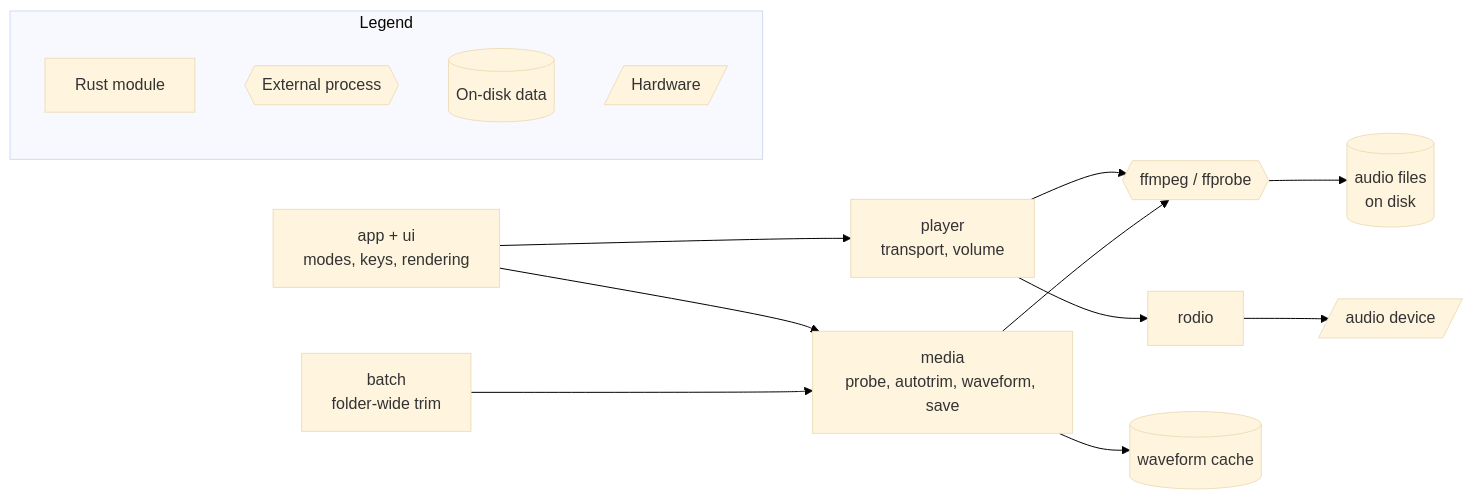
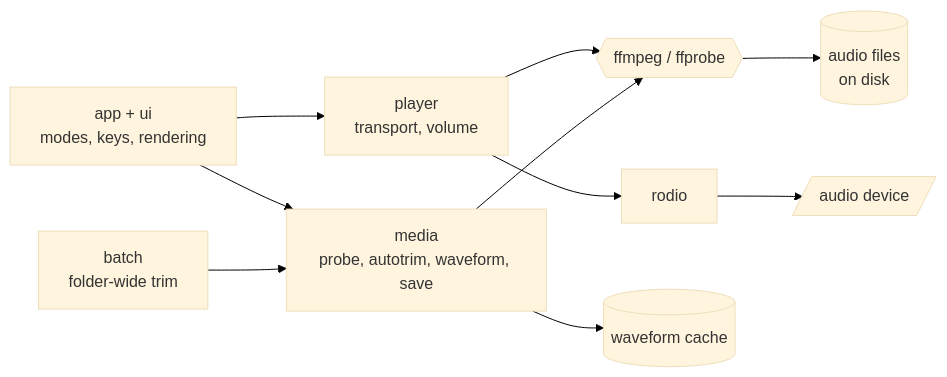
The first of 2 diagrams in README.md (MrDopey/audio-tui-editor), drawn with Mermaid before and after one commit. The commit also changed other lines of this file and 21 other files, not shown here.

First line of the commit message:
Address findings from 5-agent design/UX/QA/architecture/Rust review

````diff
--- a/README.md
+++ b/README.md
@@ -21,22 +20,15 @@
 ```mermaid
 %%{init: {"theme": "base", "themeVariables": {"background": "#ffffff", "primaryBackground": "#ffffff"}}}%%
 graph LR
     TUI[app + ui<br/>modes, keys, rendering] --> PLAYER[player<br/>transport, volume]
     TUI --> MEDIA[media<br/>probe, autotrim, waveform, save]
     BATCH[batch<br/>folder-wide trim] --> MEDIA
 
     PLAYER --> FFMPEG{{ffmpeg / ffprobe}}
     MEDIA --> FFMPEG
     PLAYER --> RODIO[rodio]
     RODIO --> DEV[/audio device/]
 
     FFMPEG --> FILES[(audio files<br/>on disk)]
     MEDIA --> CACHE[(waveform cache)]
-
-    subgraph Legend
-        L1[Rust module]
-        L2{{External process}}
-        L3[(On-disk data)]
-        L4[/Hardware/]
-    end
 ```
````
